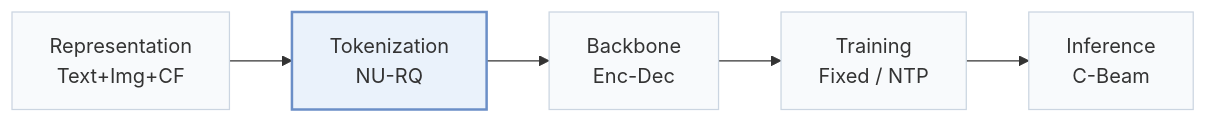
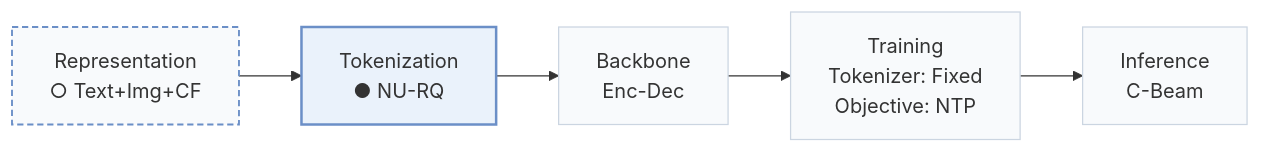
Before and after one commit to Galaxy-ghost/Awesome-SID-Generative-Rec: the first of 2 diagrams in pages/papers/card.md, drawn with Mermaid. The commit also changed other lines of this file and 558 other files, not shown here.

````diff
--- a/pages/papers/card.md
+++ b/pages/papers/card.md
@@ -15,8 +18,10 @@
 ```mermaid
 flowchart LR
-    R["Representation<br/>Text+Img+CF"] --> T["Tokenization<br/>NU-RQ"] --> B["Backbone<br/>Enc-Dec"] --> TR["Training<br/>Fixed / NTP"] --> I["Inference<br/>C-Beam"]
+    R["Representation<br/>○ Text+Img+CF"] --> T["Tokenization<br/>● NU-RQ"] --> B["Backbone<br/>Enc-Dec"] --> TR["Training<br/>Tokenizer: Fixed<br/>Objective: NTP"] --> I["Inference<br/>C-Beam"]
     classDef base fill:#f8fafc,stroke:#cbd5e1
     class R,T,B,TR,I base
+    classDef other fill:#f8fafc,stroke:#6b8fc7,stroke-width:1.5px,stroke-dasharray:5 3
+    class R other
     classDef main fill:#eaf2fb,stroke:#6b8fc7,stroke-width:2px
     class T main
 ```
````
